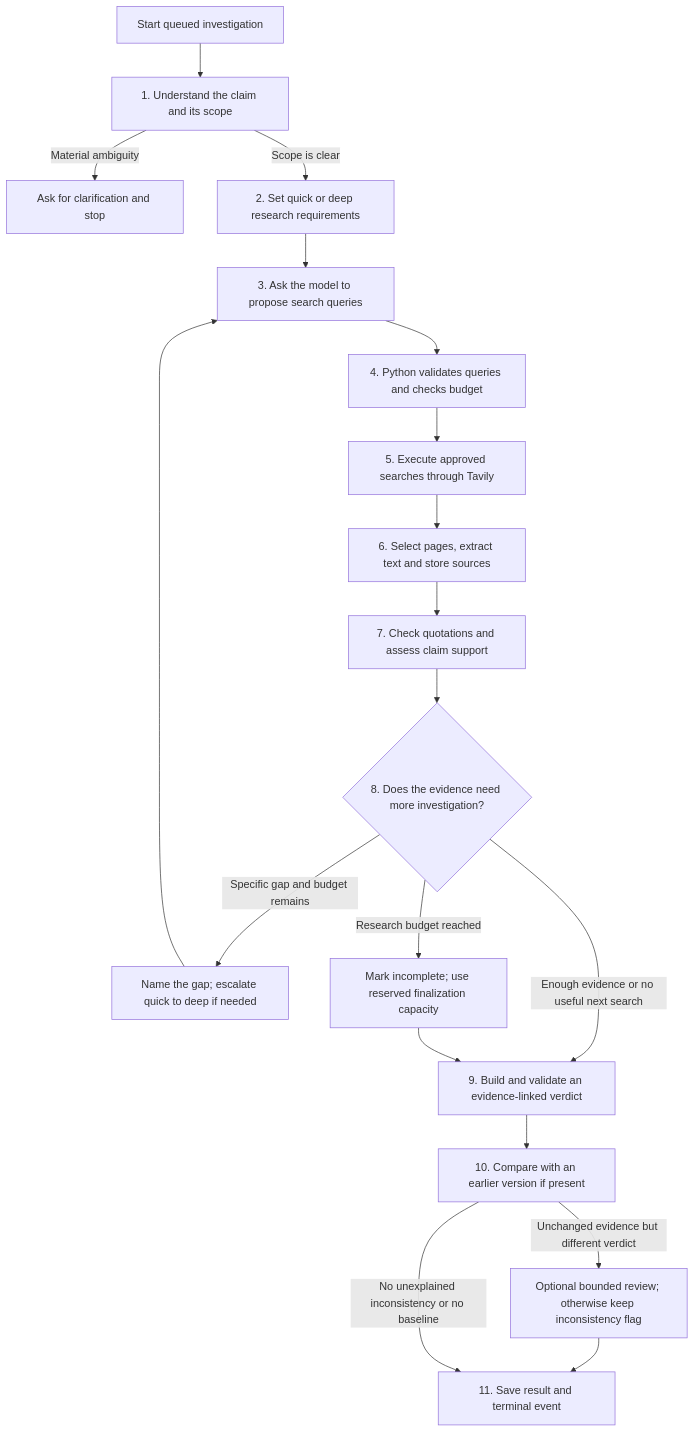
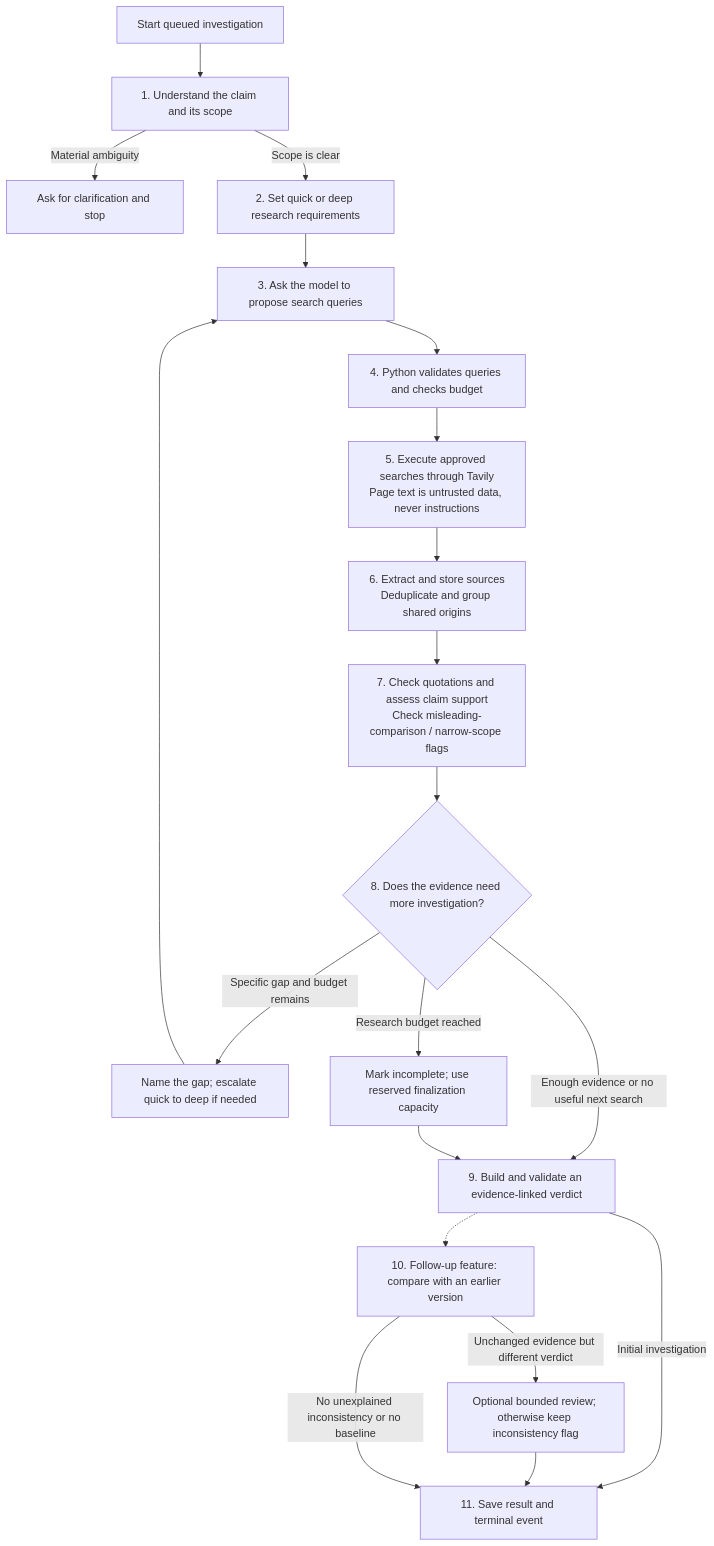
One commit to skanvish11/Aletheia-core changed the second of 3 diagrams in README.md. Above: the diagram before and after it, drawn with Mermaid. The commit also changed other lines of this file and 1 other file, not shown here.

````diff
--- a/README.md
+++ b/README.md
@@ -81,21 +81,22 @@
 ```mermaid
 flowchart TD
     Start["Start queued investigation"] --> Understand["1. Understand the claim and its scope"]
     Understand -->|"Material ambiguity"| Clarify["Ask for clarification and stop"]
     Understand -->|"Scope is clear"| Route["2. Set quick or deep research requirements"]
     Route --> Plan["3. Ask the model to propose search queries"]
     Plan --> Validate["4. Python validates queries and checks budget"]
-    Validate --> Search["5. Execute approved searches through Tavily"]
-    Search --> Extract["6. Select pages, extract text and store sources"]
-    Extract --> Verify["7. Check quotations and assess claim support"]
+    Validate --> Search["5. Execute approved searches through Tavily<br/>Page text is untrusted data, never instructions"]
+    Search --> Extract["6. Extract and store sources<br/>Deduplicate and group shared origins"]
+    Extract --> Verify["7. Check quotations and assess claim support<br/>Check misleading-comparison / narrow-scope flags"]
     Verify --> Gate{"8. Does the evidence need more investigation?"}
     Gate -->|"Specific gap and budget remains"| Followup["Name the gap; escalate quick to deep if needed"]
     Followup --> Plan
     Gate -->|"Enough evidence or no useful next search"| Verdict["9. Build and validate an evidence-linked verdict"]
     Gate -->|"Research budget reached"| Partial["Mark incomplete; use reserved finalization capacity"]
     Partial --> Verdict
-    Verdict --> Compare["10. Compare with an earlier version if present"]
+    Verdict -->|"Initial investigation"| Save["11. Save result and terminal event"]
+    Verdict -.-> Compare["10. Follow-up feature: compare with an earlier version"]
     Compare -->|"Unchanged evidence but different verdict"| Recheck["Optional bounded review; otherwise keep inconsistency flag"]
-    Recheck --> Save["11. Save result and terminal event"]
+    Recheck --> Save
     Compare -->|"No unexplained inconsistency or no baseline"| Save
 ```
````
